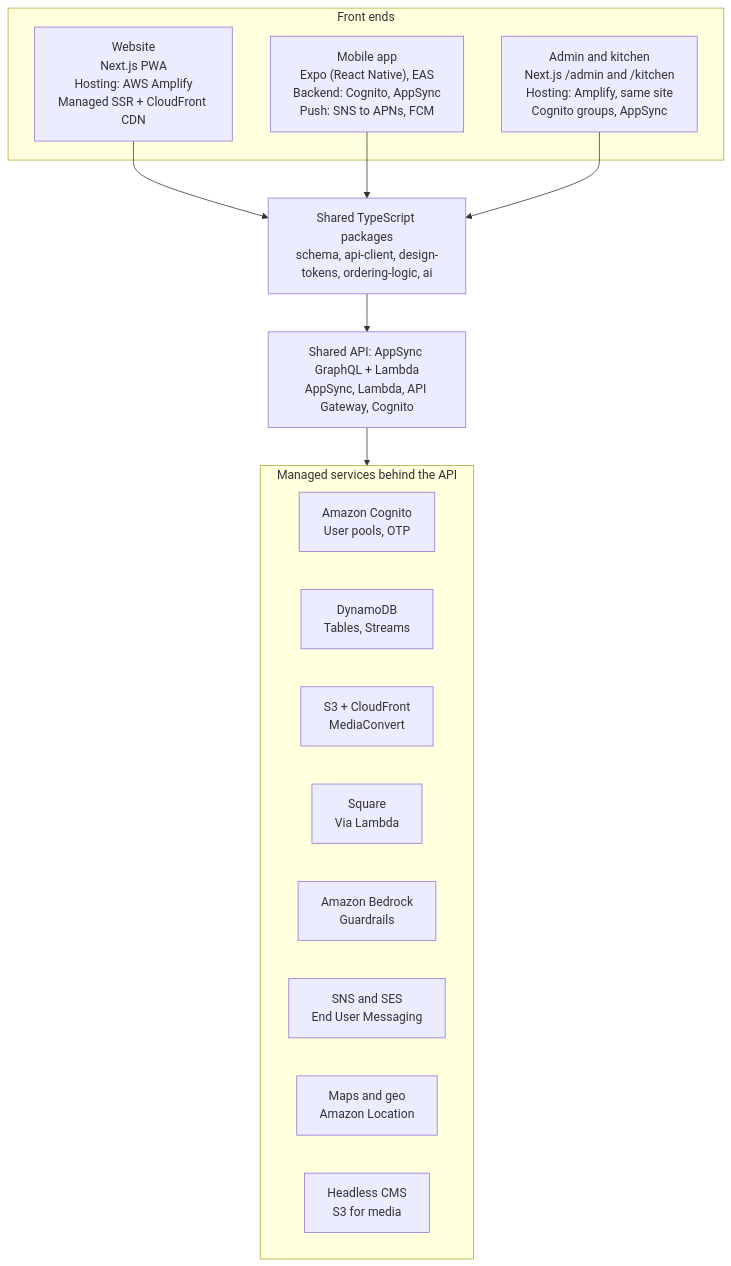
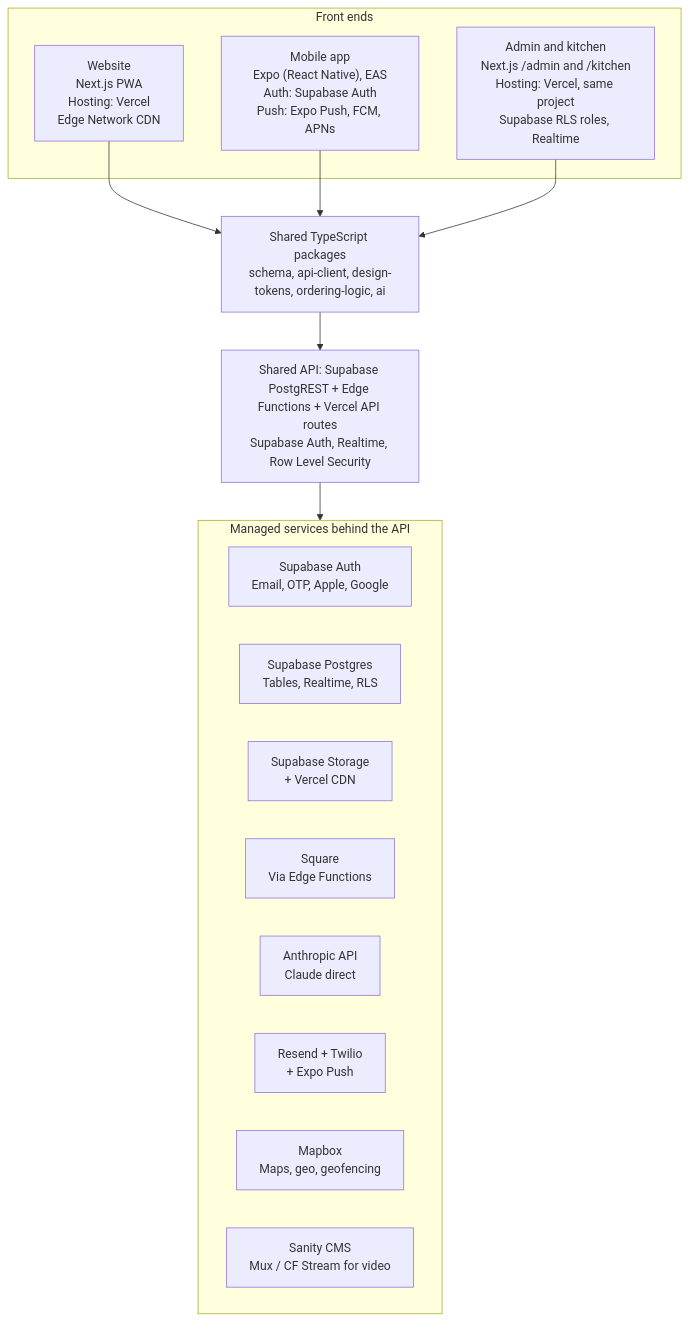
The second of 2 diagrams in docs/architecture.md (nholloway4ux/dev-rd-tropical-snow-web), drawn with Mermaid before and after one commit. The commit also changed other lines of this file and 40 other files, not shown here.

First line of the commit message:
feat: Phase 1 scaffold + switch to Supabase + Vercel stack

````diff
--- a/docs/architecture.md
+++ b/docs/architecture.md
@@ -131,25 +131,25 @@
 ```mermaid
 flowchart TB
     subgraph FE["Front ends"]
-        WEB["Website<br/>Next.js PWA<br/>Hosting: AWS Amplify<br/>Managed SSR + CloudFront CDN"]
-        APP["Mobile app<br/>Expo (React Native), EAS<br/>Backend: Cognito, AppSync<br/>Push: SNS to APNs, FCM"]
-        BO["Admin and kitchen<br/>Next.js /admin and /kitchen<br/>Hosting: Amplify, same site<br/>Cognito groups, AppSync"]
+        WEB["Website<br/>Next.js PWA<br/>Hosting: Vercel<br/>Edge Network CDN"]
+        APP["Mobile app<br/>Expo (React Native), EAS<br/>Auth: Supabase Auth<br/>Push: Expo Push, FCM, APNs"]
+        BO["Admin and kitchen<br/>Next.js /admin and /kitchen<br/>Hosting: Vercel, same project<br/>Supabase RLS roles, Realtime"]
     end
     PKG["Shared TypeScript packages<br/>schema, api-client, design-tokens, ordering-logic, ai"]
-    API["Shared API: AppSync GraphQL + Lambda<br/>AppSync, Lambda, API Gateway, Cognito"]
+    API["Shared API: Supabase PostgREST + Edge Functions + Vercel API routes<br/>Supabase Auth, Realtime, Row Level Security"]
     subgraph SVC["Managed services behind the API"]
-        COG["Amazon Cognito<br/>User pools, OTP"]
-        DDB["DynamoDB<br/>Tables, Streams"]
-        S3["S3 + CloudFront<br/>MediaConvert"]
-        SQ["Square<br/>Via Lambda"]
-        BED["Amazon Bedrock<br/>Guardrails"]
-        SNS["SNS and SES<br/>End User Messaging"]
-        MAP["Maps and geo<br/>Amazon Location"]
-        CMS["Headless CMS<br/>S3 for media"]
+        AUTH["Supabase Auth<br/>Email, OTP, Apple, Google"]
+        DB["Supabase Postgres<br/>Tables, Realtime, RLS"]
+        STG["Supabase Storage<br/>+ Vercel CDN"]
+        SQ["Square<br/>Via Edge Functions"]
+        AI["Anthropic API<br/>Claude direct"]
+        MSG["Resend + Twilio<br/>+ Expo Push"]
+        MAP["Mapbox<br/>Maps, geo, geofencing"]
+        CMS["Sanity CMS<br/>Mux / CF Stream for video"]
     end
     WEB --> PKG
     APP --> PKG
     BO --> PKG
     PKG --> API
     API --> SVC
 ```
````
